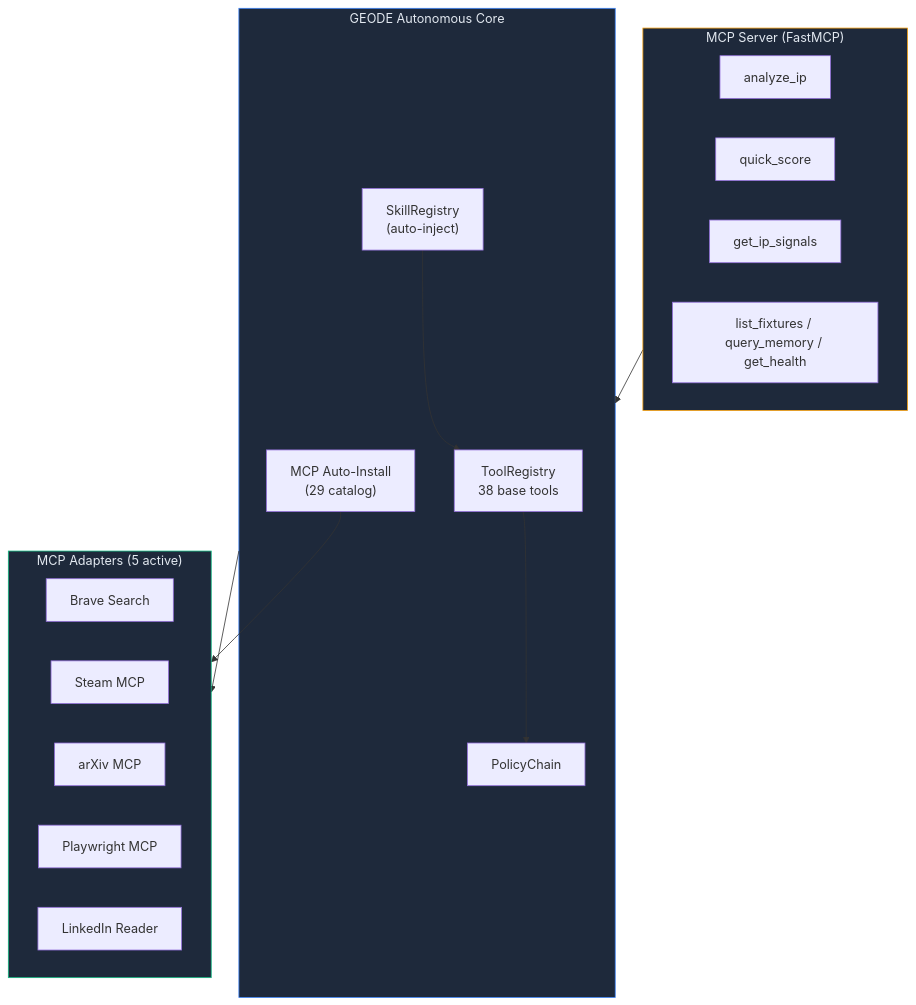
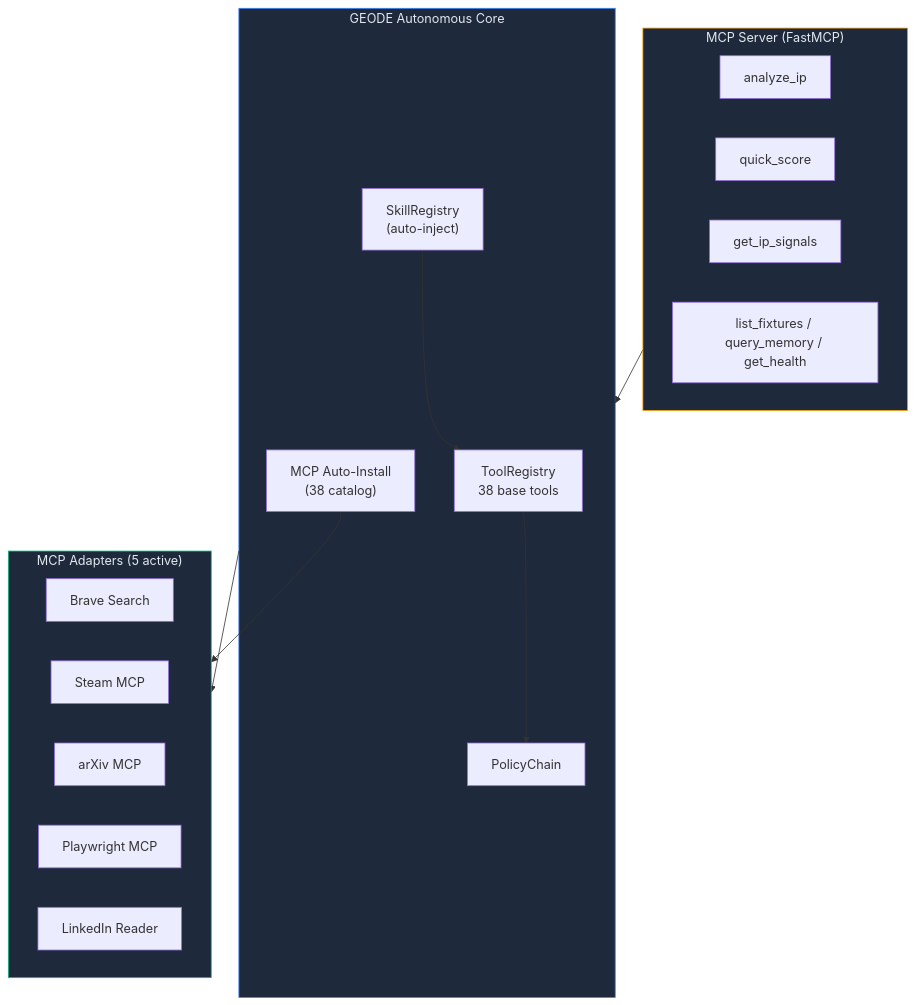
One commit to mangowhoiscloud/geode changed the ninth of 11 diagrams in README.md. Above: the diagram before and after it, drawn with Mermaid. The commit also changed other lines of this file and 1 other file, not shown here.

````diff
--- a/README.md
+++ b/README.md
@@ -388,34 +402,34 @@
 ```mermaid
 graph TB
     subgraph GEODE["GEODE Autonomous Core"]
         Registry["ToolRegistry<br/>38 base tools"]
         Policy["PolicyChain"]
         SkillReg["SkillRegistry<br/>(auto-inject)"]
-        MCPInstall["MCP Auto-Install<br/>(29 catalog)"]
+        MCPInstall["MCP Auto-Install<br/>(38 catalog)"]
     end
 
     subgraph MCPAdapters["MCP Adapters (5 active)"]
         Brave["Brave Search"]
         Steam["Steam MCP"]
         ArXiv["arXiv MCP"]
         PW["Playwright MCP"]
         LI["LinkedIn Reader"]
     end
 
     subgraph MCPServer["MCP Server (FastMCP)"]
         T1["analyze_ip"]
         T2["quick_score"]
         T3["get_ip_signals"]
         T4["list_fixtures / query_memory / get_health"]
     end
 
     Registry --> Policy
     SkillReg --> Registry
     MCPInstall --> MCPAdapters
     GEODE --> MCPAdapters
     MCPServer --> GEODE
 
     style GEODE fill:#1e293b,stroke:#3b82f6,color:#e2e8f0
     style MCPAdapters fill:#1e293b,stroke:#10b981,color:#e2e8f0
     style MCPServer fill:#1e293b,stroke:#f59e0b,color:#e2e8f0
 ```
````
